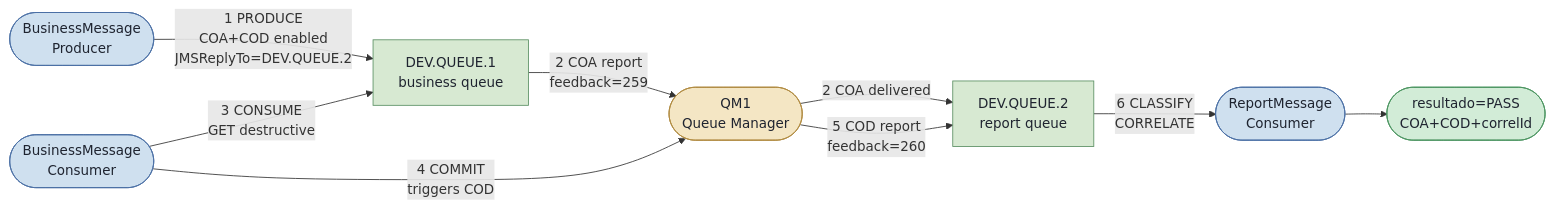
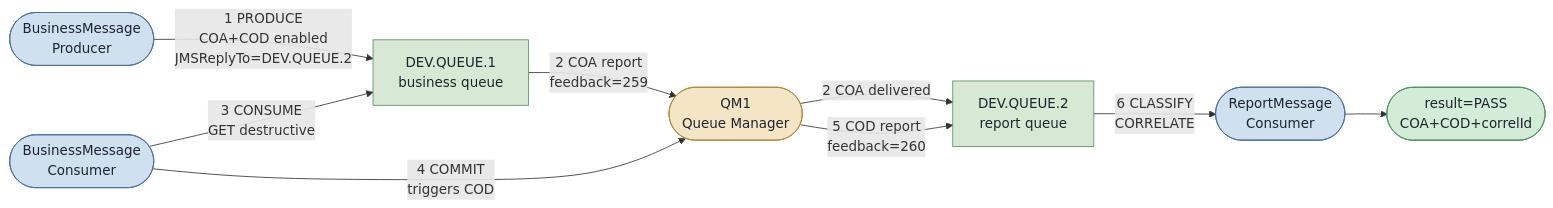
The second of 3 diagrams in docs/runbook.md (rodrigorjsf/ibm-mq-java-poc), drawn with Mermaid before and after one commit. The commit also changed other lines of this file and 26 other files, not shown here.

First line of the commit message:
orchestrate run backlog-20260603-041830 — +passid correction (#75/#76/#73) + audit-schema-on-first-write (#52) (#81)

````diff
--- a/docs/runbook.md
+++ b/docs/runbook.md
@@ -297,24 +297,24 @@
 ```mermaid
 flowchart LR
     classDef queue fill:#d7e9d2,stroke:#5a8f63,color:#1f2430
     classDef actor fill:#cfe0ef,stroke:#4a6fa5,color:#1f2430
     classDef qm    fill:#f4e6c4,stroke:#b08a3e,color:#1f2430
     classDef pass  fill:#d2ecd7,stroke:#4a9460,color:#1f2430
 
     P([BusinessMessage<br/>Producer]):::actor
     BC([BusinessMessage<br/>Consumer]):::actor
     RC([ReportMessage<br/>Consumer]):::actor
     QM([QM1<br/>Queue Manager]):::qm
     BQ[DEV.QUEUE.1<br/>business queue]:::queue
     RQ[DEV.QUEUE.2<br/>report queue]:::queue
-    PASS([resultado=PASS<br/>COA+COD+correlId]):::pass
+    PASS([result=PASS<br/>COA+COD+correlId]):::pass
 
     P -->|1 PRODUCE<br/>COA+COD enabled<br/>JMSReplyTo=DEV.QUEUE.2| BQ
     BQ -->|2 COA report<br/>feedback=259| QM
     QM -->|2 COA delivered| RQ
     BC -->|3 CONSUME<br/>GET destructive| BQ
     BC -->|4 COMMIT<br/>triggers COD| QM
     QM -->|5 COD report<br/>feedback=260| RQ
     RQ -->|6 CLASSIFY<br/>CORRELATE| RC
     RC --> PASS
 ```
````
